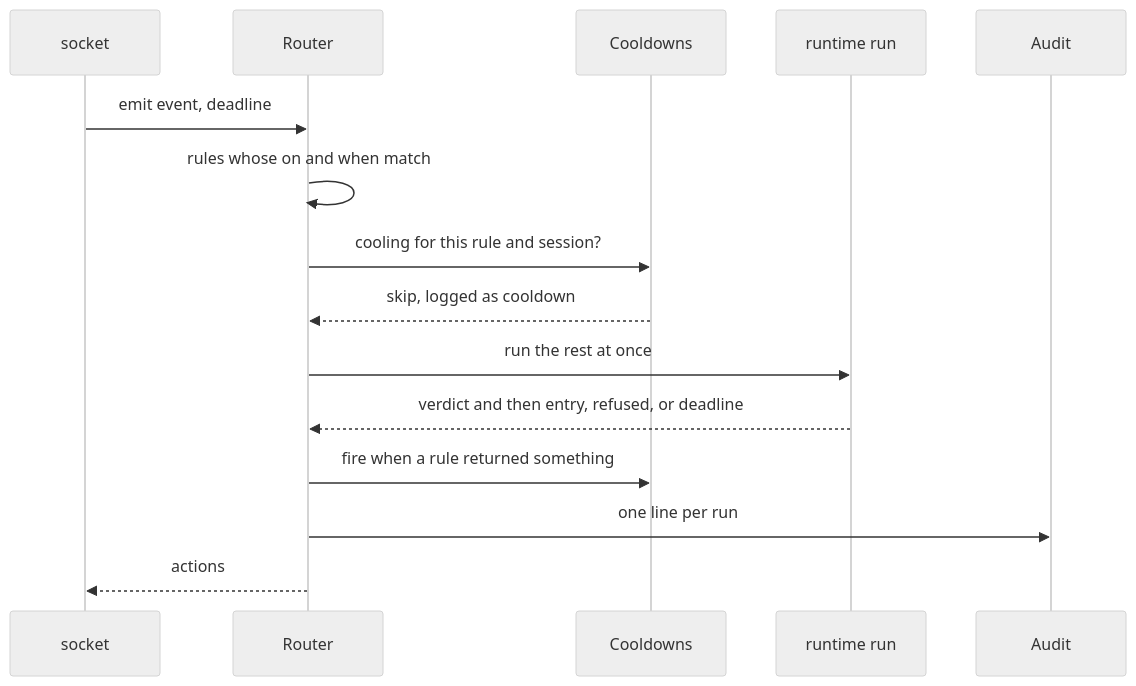
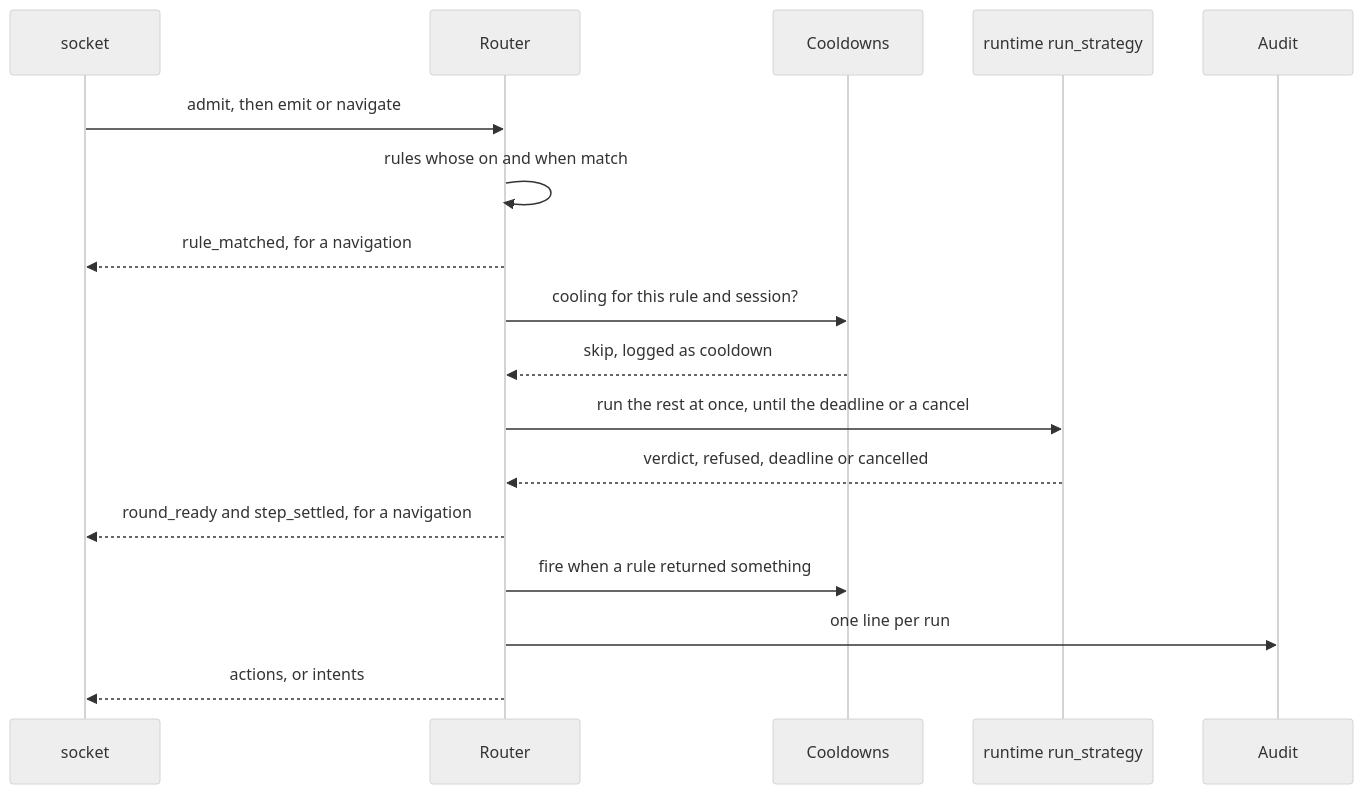
The diagram in crates/daemon/src/route/README.md (StevenJPx2/chauffeur), drawn with Mermaid (neutral theme) before and after one commit. The commit also changed other lines of this file and 16 other files, not shown here.

````diff
--- a/crates/daemon/src/route/README.md
+++ b/crates/daemon/src/route/README.md
@@ -12,17 +14,19 @@
 ```mermaid
 sequenceDiagram
     participant S as socket
     participant R as Router
     participant C as Cooldowns
-    participant W as runtime run
+    participant W as runtime run_strategy
     participant A as Audit
-    S->>R: emit event, deadline
+    S->>R: admit, then emit or navigate
     R->>R: rules whose on and when match
+    R-->>S: rule_matched, for a navigation
     R->>C: cooling for this rule and session?
     C-->>R: skip, logged as cooldown
-    R->>W: run the rest at once
-    W-->>R: verdict and then entry, refused, or deadline
+    R->>W: run the rest at once, until the deadline or a cancel
+    W-->>R: verdict, refused, deadline or cancelled
+    R-->>S: round_ready and step_settled, for a navigation
     R->>C: fire when a rule returned something
     R->>A: one line per run
-    R-->>S: actions
+    R-->>S: actions, or intents
 ```
````
